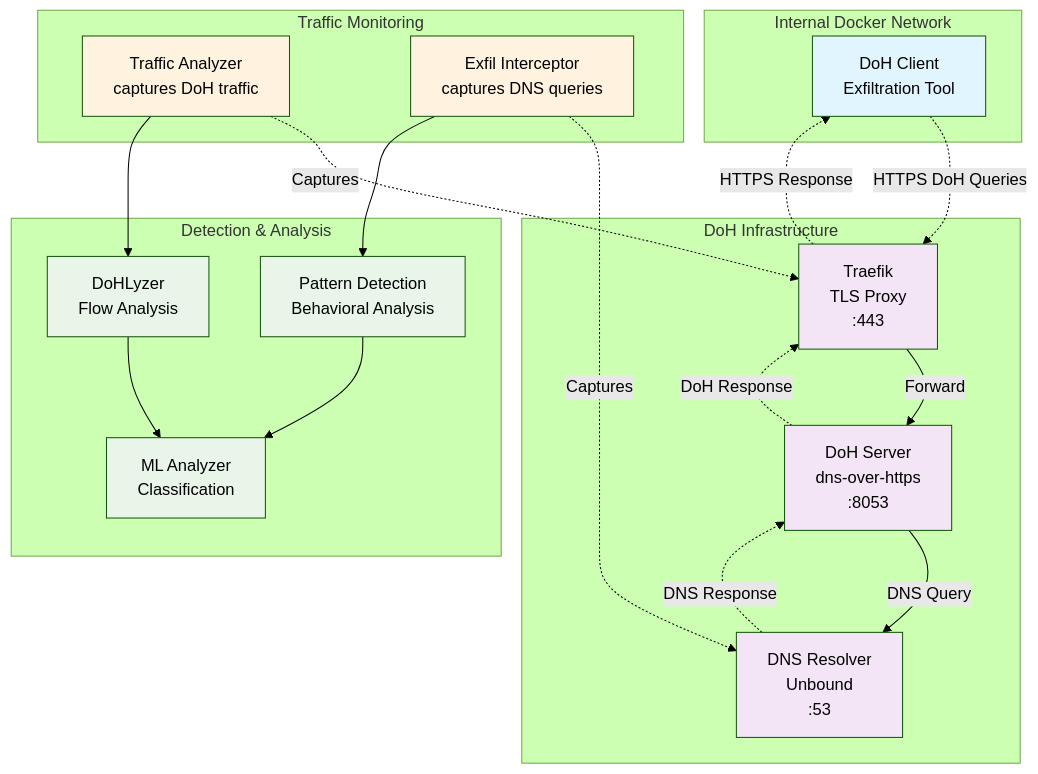
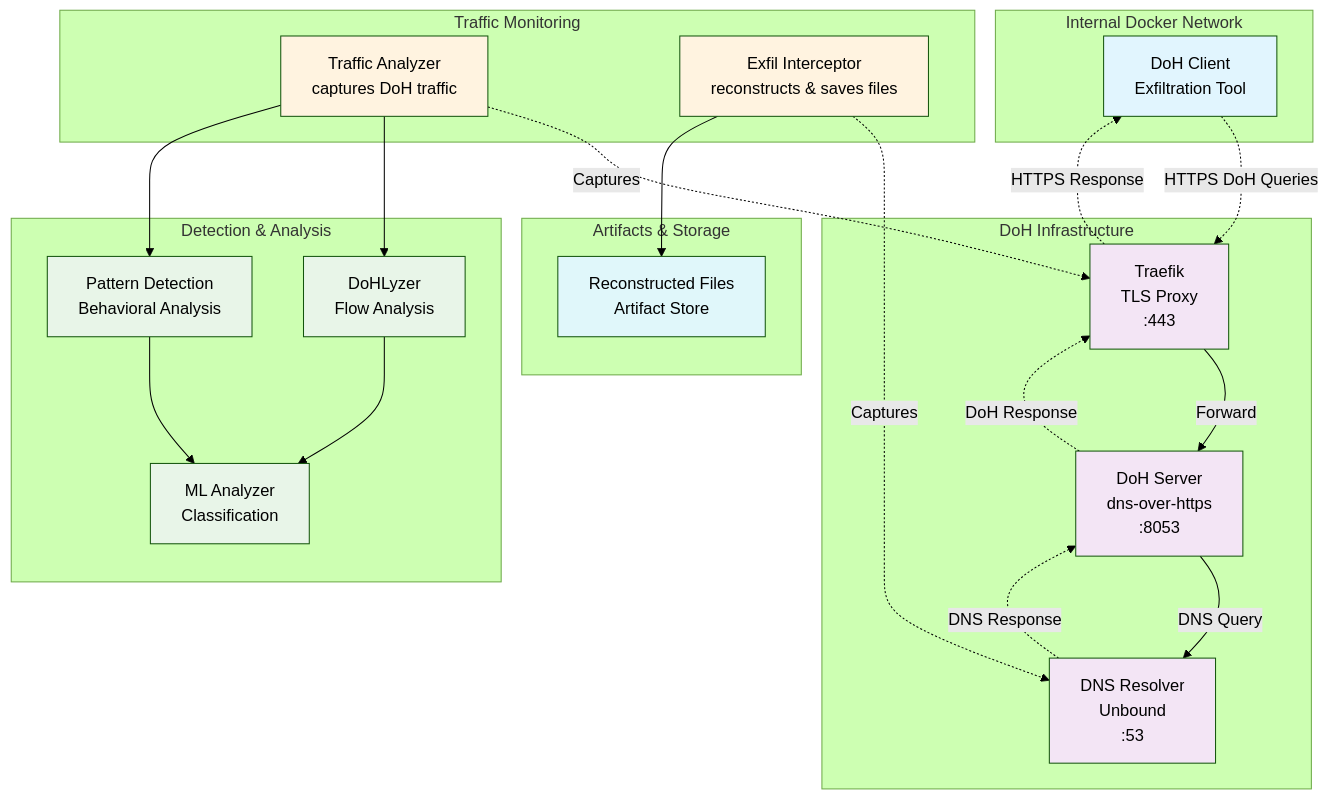
The diagram in README.md (AdamLBS/DoHExfTlk), drawn with Mermaid (forest theme) before and after one commit.

Commit message:
fix: update Exfil Interceptor description and add Artifacts storage section in diagram

````diff
--- a/README.md
+++ b/README.md
@@ -60,52 +60,61 @@
 ```mermaid
 flowchart TB
     subgraph Internal[Internal Docker Network]
         Client[DoH Client<br/>Exfiltration Tool]
     end
 
     subgraph Infrastructure[DoH Infrastructure]
         Traefik[Traefik<br/>TLS Proxy<br/>:443]
         DoHServer[DoH Server<br/>dns-over-https<br/>:8053]
         Resolver[DNS Resolver<br/>Unbound<br/>:53]
     end
 
     subgraph Monitoring[Traffic Monitoring]
         TrafficAnalyzer[Traffic Analyzer<br/>captures DoH traffic]
-        ExfilInterceptor[Exfil Interceptor<br/>captures DNS queries]
+        ExfilInterceptor[Exfil Interceptor<br/>reconstructs & saves files]
     end
 
     subgraph Analysis[Detection & Analysis]
         DoHLyzer[DoHLyzer<br/>Flow Analysis]
         MLAnalyzer[ML Analyzer<br/>Classification]
         PatternDetection[Pattern Detection<br/>Behavioral Analysis]
+    end
+
+    subgraph Artifacts[Artifacts & Storage]
+        ArtifactStore[Reconstructed Files<br/>Artifact Store]
     end
 
     %% Main communication flow
     Client -.->|HTTPS DoH Queries| Traefik
     Traefik -->|Forward| DoHServer
     DoHServer -->|DNS Query| Resolver
     Resolver -.->|DNS Response| DoHServer
     DoHServer -.->|DoH Response| Traefik
     Traefik -.->|HTTPS Response| Client
 
     %% Monitoring connections
     TrafficAnalyzer -.->|Captures| Traefik
     ExfilInterceptor -.->|Captures| Resolver
 
     %% Analysis flow
     TrafficAnalyzer --> DoHLyzer
-    ExfilInterceptor --> PatternDetection
+    TrafficAnalyzer --> PatternDetection
     DoHLyzer --> MLAnalyzer
     PatternDetection --> MLAnalyzer
+
+    %% Exfil reconstruction (no analysis)
+    ExfilInterceptor --> ArtifactStore
 
     %% Styling
     classDef client fill:#e1f5fe
     classDef infra fill:#f3e5f5
     classDef monitor fill:#fff3e0
     classDef analysis fill:#e8f5e8
+    classDef storage fill:#e0f7fa
 
     class Client client
     class Traefik,DoHServer,Resolver infra
     class TrafficAnalyzer,ExfilInterceptor monitor
     class DoHLyzer,MLAnalyzer,PatternDetection analysis
+    class ArtifactStore storage
 ```
````
